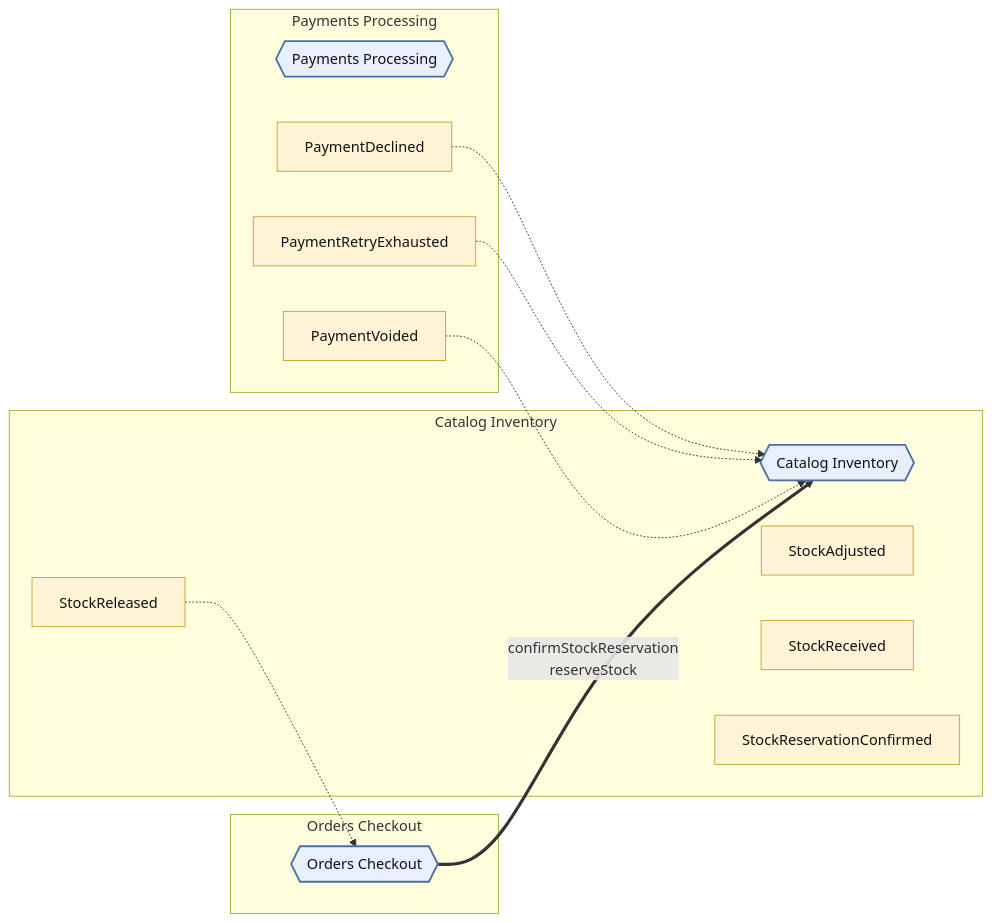
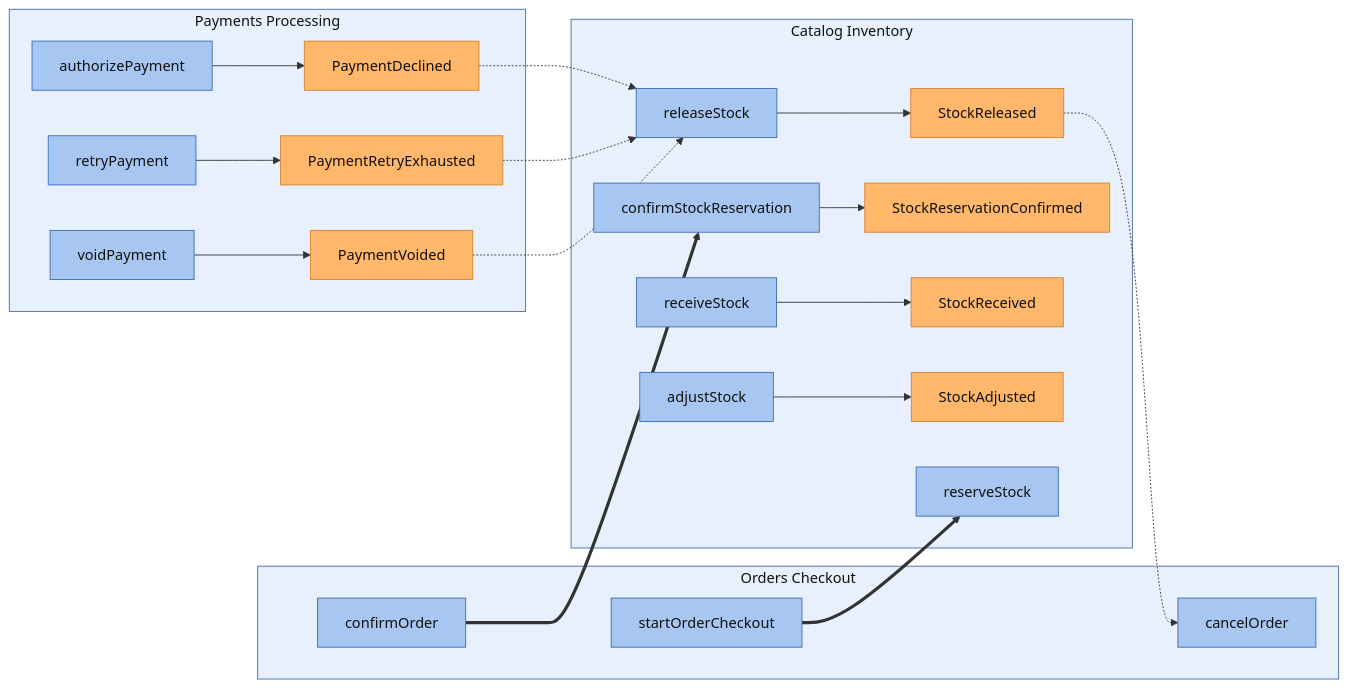
One commit to ZenWave360/dsl-kotlin changed the first of 7 diagrams in dsl-docs/src/commonTest/resources/snapshots/arcadia-modulith/modules/catalog-inventory.md. Above: the diagram before and after it, drawn with Mermaid. The commit also changed other lines of this file and 13 other files, not shown here.

Commit message:
feat(docs): module pages with EventStorming, aggregates, lifecycle and glossary

````diff
--- a/dsl-docs/src/commonTest/resources/snapshots/arcadia-modulith/modules/catalog-inventory.md
+++ b/dsl-docs/src/commonTest/resources/snapshots/arcadia-modulith/modules/catalog-inventory.md
@@ -16,33 +16,51 @@
 ```mermaid
 flowchart LR
-  classDef module fill:#e8f0fe,stroke:#4a6fa5,stroke-width:2px,color:#111
-  classDef event fill:#fff4d6,stroke:#c9a227,color:#111
+  classDef module fill:#e8f0fe,stroke:#4a6fa5,color:#111
+  classDef command fill:#a7c7f2,stroke:#3b6fb6,color:#111
+  classDef event fill:#ffb76b,stroke:#d9822b,color:#111
 
   subgraph sg_CatalogInventory["Catalog Inventory"]
-    CatalogInventory{{"Catalog Inventory"}}
-    StockAdjusted["StockAdjusted"]
-    StockReceived["StockReceived"]
-    StockReleased["StockReleased"]
-    StockReservationConfirmed["StockReservationConfirmed"]
+    CatalogInventory__InventoryService__reserveStock["reserveStock"]
+    CatalogInventory__InventoryService__releaseStock["releaseStock"]
+    CatalogInventory__InventoryService__confirmStockReservation["confirmStockReservation"]
+    CatalogInventory__InventoryBackofficeService__receiveStock["receiveStock"]
+    CatalogInventory__InventoryBackofficeService__adjustStock["adjustStock"]
+    CatalogInventory__StockAdjusted["StockAdjusted"]
+    CatalogInventory__StockReceived["StockReceived"]
+    CatalogInventory__StockReleased["StockReleased"]
+    CatalogInventory__StockReservationConfirmed["StockReservationConfirmed"]
   end
 
   subgraph sg_OrdersCheckout["Orders Checkout"]
-    OrdersCheckout{{"Orders Checkout"}}
+    OrdersCheckout__OrdersCheckoutService__startOrderCheckout["startOrderCheckout"]
+    OrdersCheckout__OrdersCheckoutService__confirmOrder["confirmOrder"]
+    OrdersCheckout__OrdersCheckoutService__cancelOrder["cancelOrder"]
   end
 
   subgraph sg_PaymentsProcessing["Payments Processing"]
-    PaymentsProcessing{{"Payments Processing"}}
-    PaymentDeclined["PaymentDeclined"]
-    PaymentRetryExhausted["PaymentRetryExhausted"]
-    PaymentVoided["PaymentVoided"]
+    PaymentsProcessing__PaymentsProcessingService__authorizePayment["authorizePayment"]
+    PaymentsProcessing__PaymentsProcessingService__retryPayment["retryPayment"]
+    PaymentsProcessing__PaymentsProcessingService__voidPayment["voidPayment"]
+    PaymentsProcessing__PaymentDeclined["PaymentDeclined"]
+    PaymentsProcessing__PaymentRetryExhausted["PaymentRetryExhausted"]
+    PaymentsProcessing__PaymentVoided["PaymentVoided"]
   end
 
-  class CatalogInventory,OrdersCheckout,PaymentsProcessing module
-  class PaymentDeclined,PaymentRetryExhausted,PaymentVoided,StockAdjusted,StockReceived,StockReleased,StockReservationConfirmed event
+  class sg_CatalogInventory,sg_OrdersCheckout,sg_PaymentsProcessing module
+  class CatalogInventory__InventoryBackofficeService__adjustStock,CatalogInventory__InventoryBackofficeService__receiveStock,CatalogInventory__InventoryService__confirmStockReservation,CatalogInventory__InventoryService__releaseStock,CatalogInventory__InventoryService__reserveStock,OrdersCheckout__OrdersCheckoutService__cancelOrder,OrdersCheckout__OrdersCheckoutService__confirmOrder,OrdersCheckout__OrdersCheckoutService__startOrderCheckout,PaymentsProcessing__PaymentsProcessingService__authorizePayment,PaymentsProcessing__PaymentsProcessingService__retryPayment,PaymentsProcessing__PaymentsProcessingService__voidPayment command
+  class CatalogInventory__StockAdjusted,CatalogInventory__StockReceived,CatalogInventory__StockReleased,CatalogInventory__StockReservationConfirmed,PaymentsProcessing__PaymentDeclined,PaymentsProcessing__PaymentRetryExhausted,PaymentsProcessing__PaymentVoided event
 
-  PaymentDeclined -.-> CatalogInventory
-  PaymentRetryExhausted -.-> CatalogInventory
-  PaymentVoided -.-> CatalogInventory
-  StockReleased -.-> OrdersCheckout
-  OrdersCheckout ==>|"confirmStockReservation<br/>reserveStock"| CatalogInventory
+  CatalogInventory__InventoryBackofficeService__adjustStock --> CatalogInventory__StockAdjusted
+  CatalogInventory__InventoryBackofficeService__receiveStock --> CatalogInventory__StockReceived
+  CatalogInventory__InventoryService__confirmStockReservation --> CatalogInventory__StockReservationConfirmed
+  CatalogInventory__InventoryService__releaseStock --> CatalogInventory__StockReleased
+  PaymentsProcessing__PaymentsProcessingService__authorizePayment --> PaymentsProcessing__PaymentDeclined
+  PaymentsProcessing__PaymentsProcessingService__retryPayment --> PaymentsProcessing__PaymentRetryExhausted
+  PaymentsProcessing__PaymentsProcessingService__voidPayment --> PaymentsProcessing__PaymentVoided
+  CatalogInventory__StockReleased -.-> OrdersCheckout__OrdersCheckoutService__cancelOrder
+  PaymentsProcessing__PaymentDeclined -.-> CatalogInventory__InventoryService__releaseStock
+  PaymentsProcessing__PaymentRetryExhausted -.-> CatalogInventory__InventoryService__releaseStock
+  PaymentsProcessing__PaymentVoided -.-> CatalogInventory__InventoryService__releaseStock
+  OrdersCheckout__OrdersCheckoutService__confirmOrder ==> CatalogInventory__InventoryService__confirmStockReservation
+  OrdersCheckout__OrdersCheckoutService__startOrderCheckout ==> CatalogInventory__InventoryService__reserveStock
 ```
````
